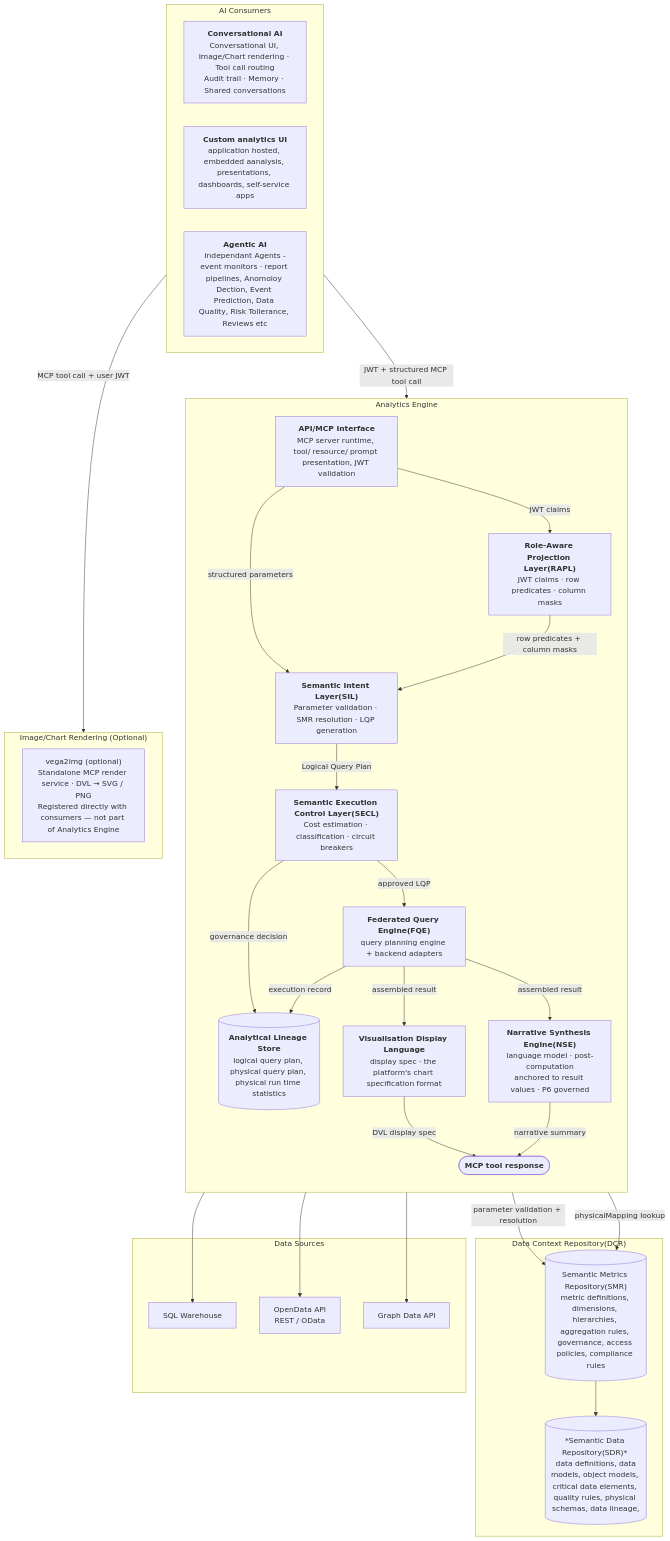
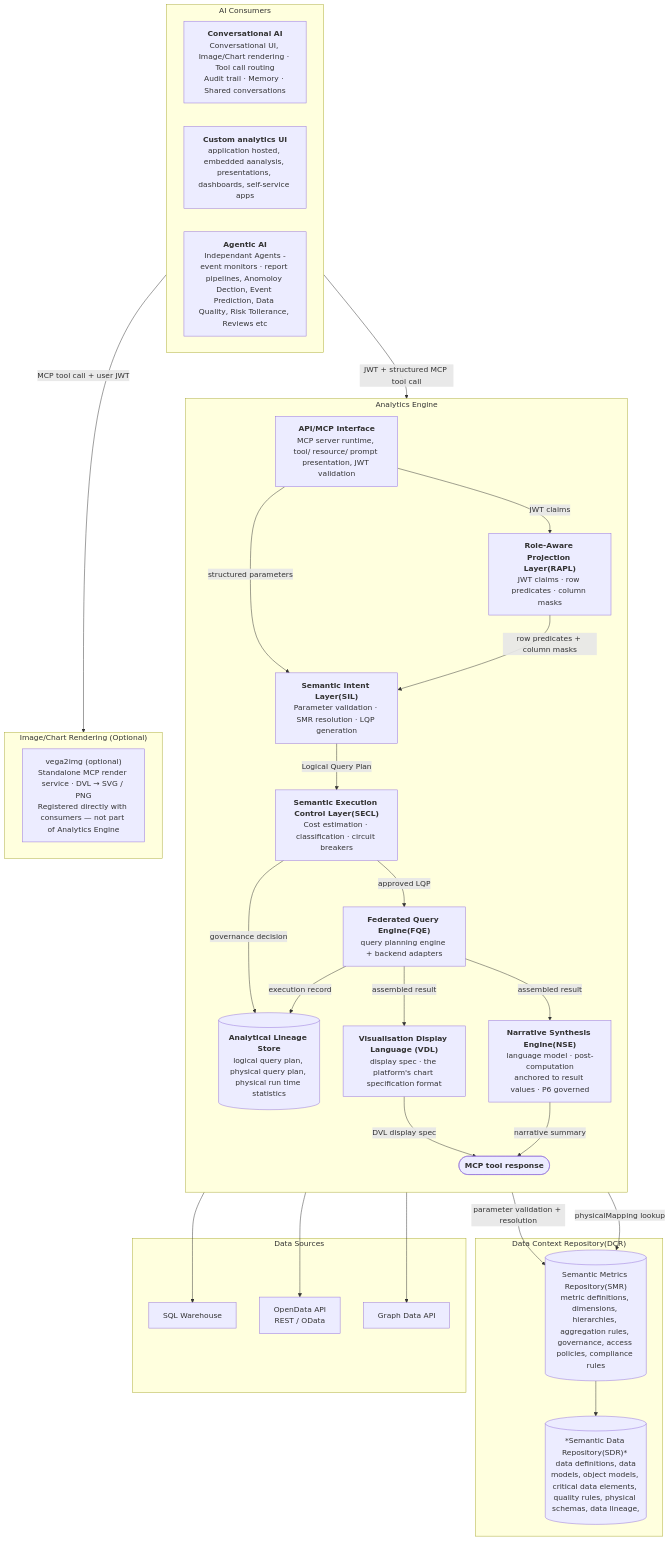
One commit to M-A-Operating-System/shared-work changed the first of 6 diagrams in docs/product/analytics/02-core-capabilities.md. Above: the diagram before and after it, drawn with Mermaid.

````diff
--- a/docs/product/analytics/02-core-capabilities.md
+++ b/docs/product/analytics/02-core-capabilities.md
@@ -57,55 +57,55 @@
 ```mermaid
 flowchart TD
     subgraph Consumers["AI Consumers"]
         direction LR
         ChatComp["<b>Conversational AI</b>\nConversational UI, Image/Chart rendering · Tool call routing\nAudit trail · Memory · Shared conversations"]
         CustomUI["<b>Custom analytics UI</b>\napplication hosted, embedded aanalysis, presentations, dashboards, self-service apps"]
         Agents["<b>Agentic AI</b>\n Independant Agents - event monitors · report pipelines, Anomoloy Dection, Event Prediction, Data Quality, Risk Tollerance, Reviews etc"]
     end
 
     subgraph analytics["Analytics Engine"]
         direction TB
         MCP["<b>API/MCP Interface</b>\nMCP server runtime, tool/ resource/ prompt presentation, JWT validation"]
         SIL["<b>Semantic Intent Layer(SIL)</b>\nParameter validation · SMR resolution · LQP generation"]
         RAPL["<b>Role-Aware Projection Layer(RAPL)</b>\nJWT claims · row predicates · column masks"]
         SEG["<b>Semantic Execution Control Layer(SECL)</b>\nCost estimation · classification · circuit breakers"]
         FQE["<b>Federated Query Engine(FQE)</b>\nquery planning engine + backend adapters"]
-        VO["<b>Visualisation Display Language</b>\ndisplay spec · the platform's chart specification format"]
+        VO["<b>Visualisation Display Language (VDL)</b>\ndisplay spec · the platform's chart specification format"]
         NSE["<b>Narrative Synthesis Engine(NSE)</b>\nlanguage model · post-computation\nanchored to result values · P6 governed"]
         LS[("<b>Analytical Lineage Store</b>\nlogical query plan, physical query plan, physical run time statistics")]
         Result(["<b>MCP tool response</b\nwrapped display_spec + data + narrative + provenance artifact(optional) + result_id"])
     end
 
      subgraph Image["Image/Chart Rendering (Optional)"]
             vega2img["vega2img (optional)\nStandalone MCP render service · DVL → SVG / PNG\nRegistered directly with consumers — not part of Analytics Engine"]
     end
 
     subgraph dcr["Data Context Repository(DCR)"]
         SMR[("Semantic Metrics Repository(SMR)\nmetric definitions, dimensions, hierarchies, aggregation rules, governance, access policies, compliance rules ")]
         DCS[("*Semantic Data Repository(SDR)* \n data definitions, data models, object models, critical data elements, quality rules, physical schemas, data lineage,")]
         SMR --> DCS
     end
 
     subgraph backends["Data Sources"]
         SQL["SQL Warehouse"]
         ODA["OpenData API\nREST / OData"]
         GDA["Graph Data API"]
     end
 
     Consumers -->|"JWT + structured MCP tool call"| MCP
     Consumers -->|"MCP tool call + user JWT"| Image
     MCP -->|"structured parameters"| SIL
     MCP -->|"JWT claims"| RAPL
     RAPL -->|"row predicates + column masks"| SIL
     SIL -->|"parameter validation + resolution"| SMR
     SIL -->|"Logical Query Plan"| SEG
     SEG -->|"approved LQP"| FQE
     SEG -->|"governance decision"| LS
     FQE -->|"physicalMapping lookup"| SMR
     FQE --> SQL & ODA & GDA
     FQE -->|"execution record"| LS
     FQE -->|"assembled result"| VO
     FQE -->|"assembled result"| NSE
     VO -->|"DVL display spec"| Result
     NSE -->|"narrative summary"| Result
 ```
````
